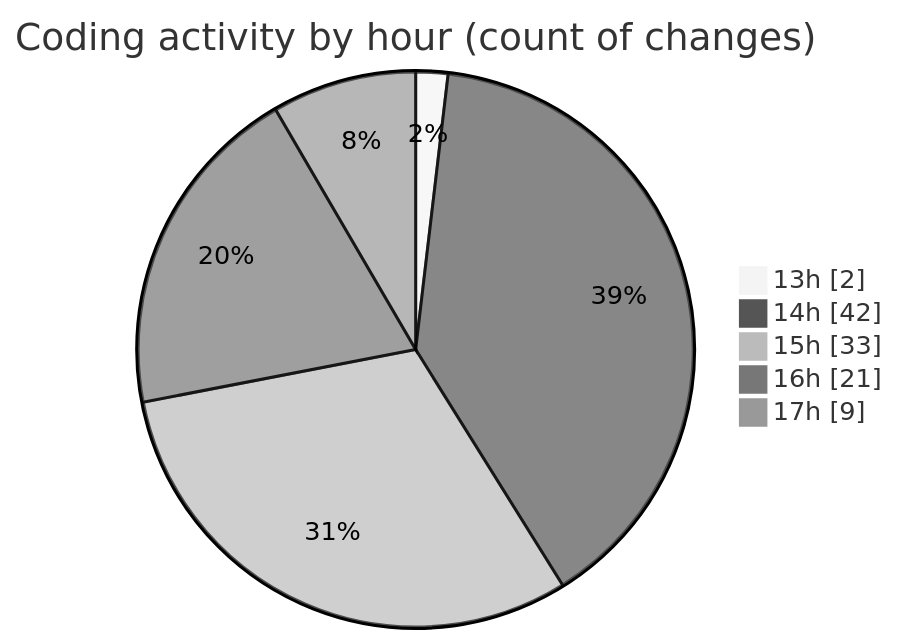
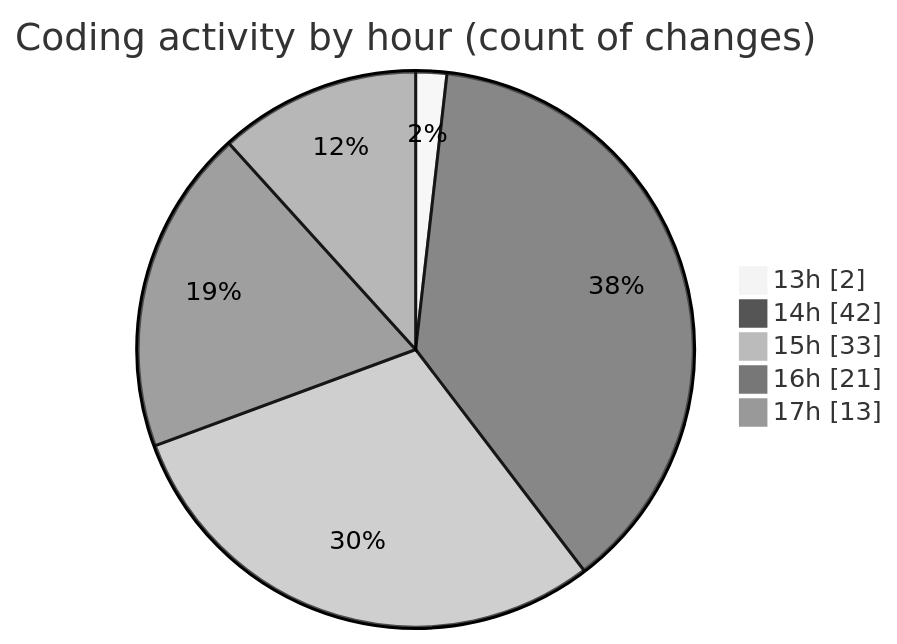
The second of 2 diagrams in 2025-05-31/nxtqube_webapp/README.md (nxtqubesakshisongat/code-tracking), drawn with Mermaid (neutral theme) before and after one commit. The commit also changed other lines of this file and 1 other file, not shown here.

````diff
--- a/2025-05-31/nxtqube_webapp/README.md
+++ b/2025-05-31/nxtqube_webapp/README.md
@@ -36,9 +37,9 @@
 ```mermaid
 pie showData
 title Coding activity by hour (count of changes)
 "13h" : 2
 "14h" : 42
 "15h" : 33
 "16h" : 21
-"17h" : 9
+"17h" : 13
 ```
````
